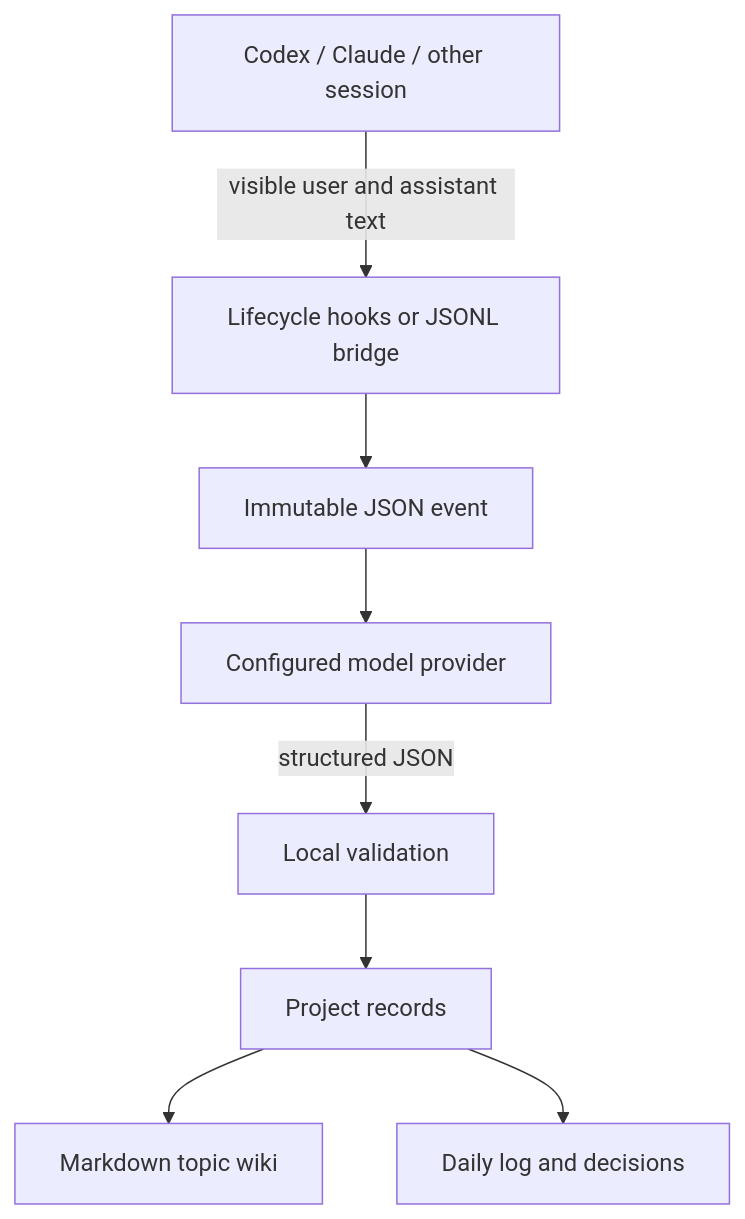
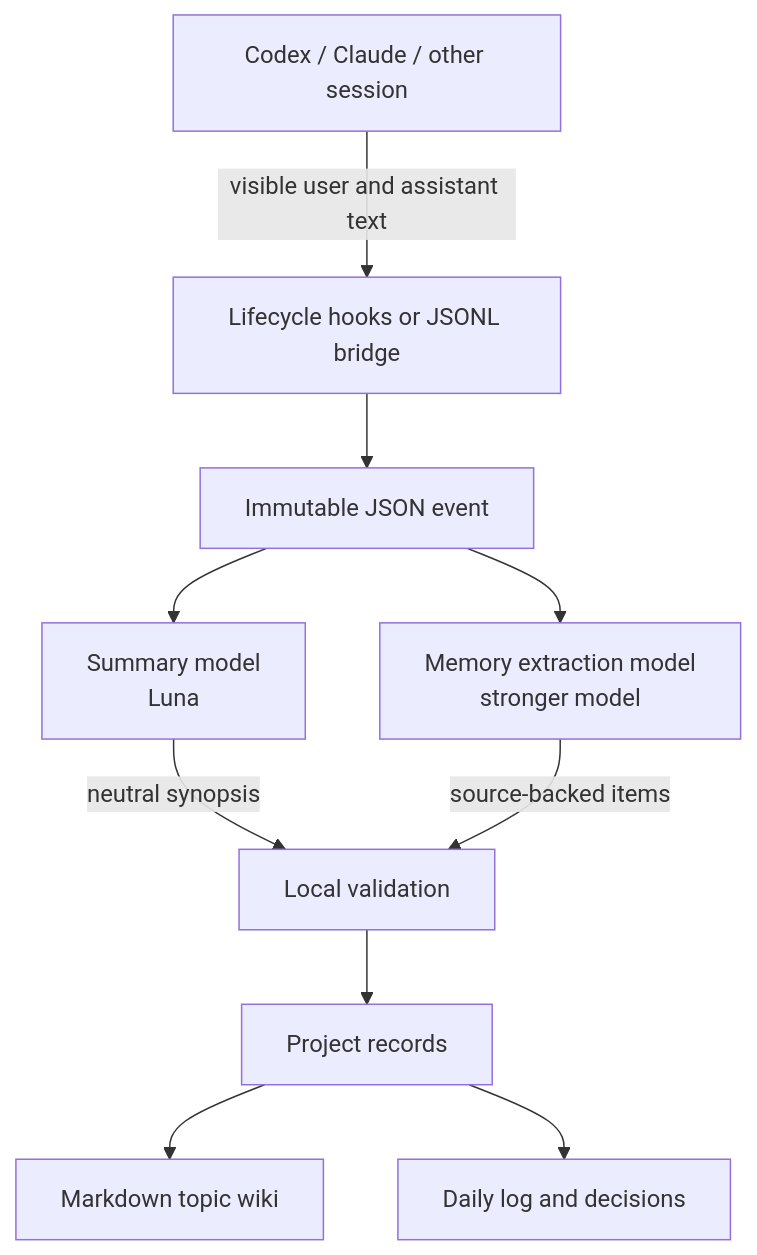
The diagram in README.md (noon49-code/SourceNest), drawn with Mermaid before and after one commit. The commit also changed other lines of this file and 9 other files, not shown here.

Commit message:
feat: separate summary and memory extraction models

```diff
--- a/README.md
+++ b/README.md
@@ -29,10 +29,12 @@
 ~~~mermaid
 flowchart TD
     A[Codex / Claude / other session] -->|visible user and assistant text| B[Lifecycle hooks or JSONL bridge]
     B --> C[Immutable JSON event]
-    C --> D[Configured model provider]
-    D -->|structured JSON| E[Local validation]
+    C --> D1[Summary model<br/>Luna]
+    C --> D2[Memory extraction model<br/>stronger model]
+    D1 -->|neutral synopsis| E[Local validation]
+    D2 -->|source-backed items| E
     E --> F[Project records]
     F --> G[Markdown topic wiki]
     F --> H[Daily log and decisions]
 ~~~
```
